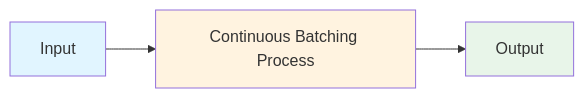
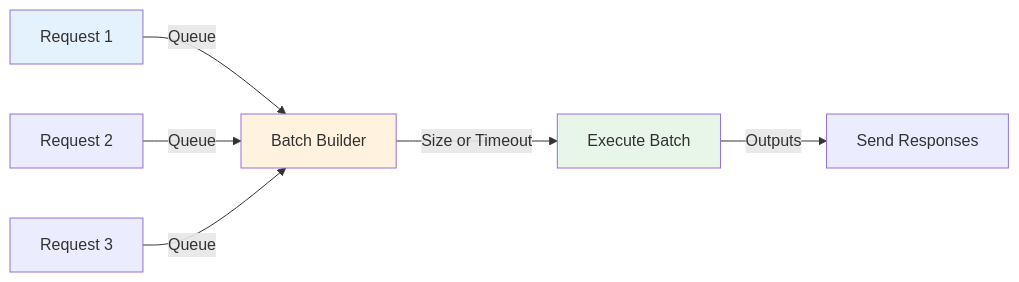
One commit to souradeepta/interviewprep-ai changed the first of 2 diagrams in llm/concepts/continuous-batching.md. Above: the diagram before and after it, drawn with Mermaid. The commit also changed other lines of this file and 20 other files, not shown here.

First line of the commit message:
feat: enhance 18 LLM concept files with detailed Q&A, diagrams, and real-world examples

````diff
--- a/llm/concepts/continuous-batching.md
+++ b/llm/concepts/continuous-batching.md
@@ -96,9 +96,12 @@
 ```mermaid
 graph LR
-    A["Input"] --> B["Continuous Batching Process"]
-    B --> C["Output"]
+    A["Request 1"] -->|Queue| B["Batch Builder"]
+    C["Request 2"] -->|Queue| B
+    D["Request 3"] -->|Queue| B
+    B -->|Size or Timeout| E["Execute Batch"]
+    E -->|Outputs| F["Send Responses"]
 
-    style A fill:#e1f5ff
+    style A fill:#e3f2fd
     style B fill:#fff3e0
-    style C fill:#e8f5e9
+    style E fill:#e8f5e9
 ```
````
